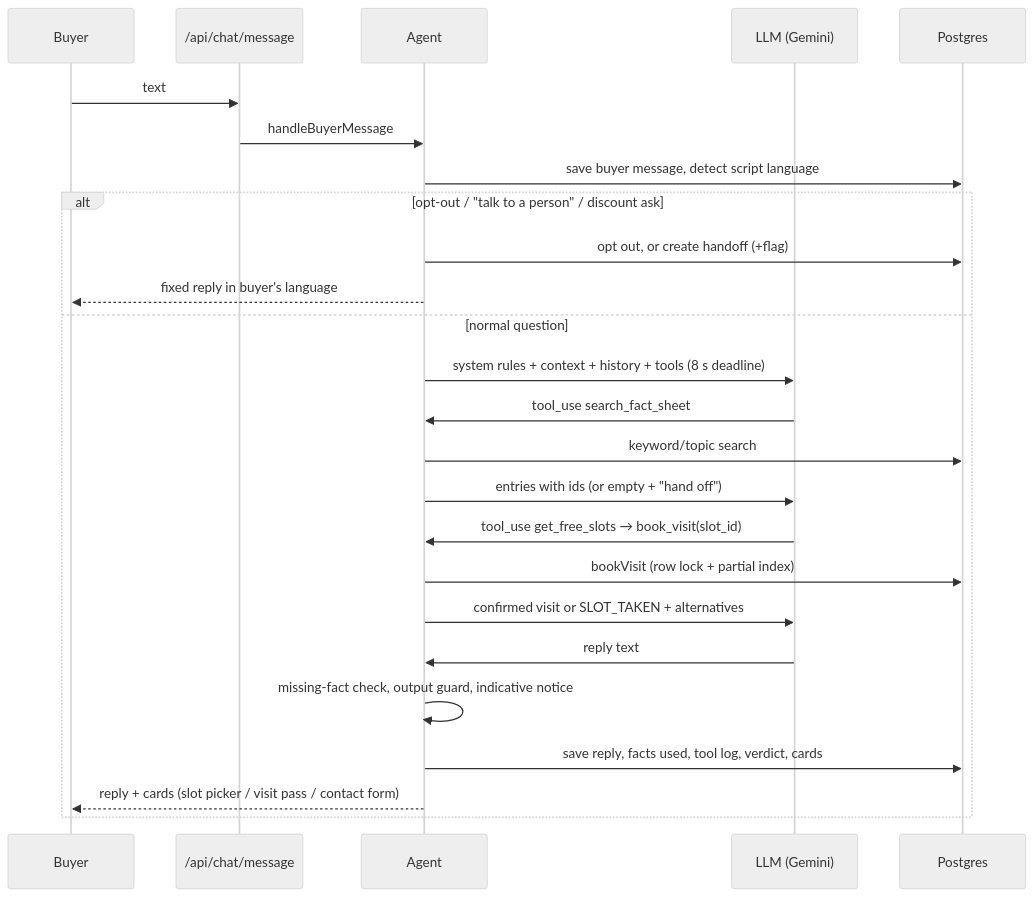
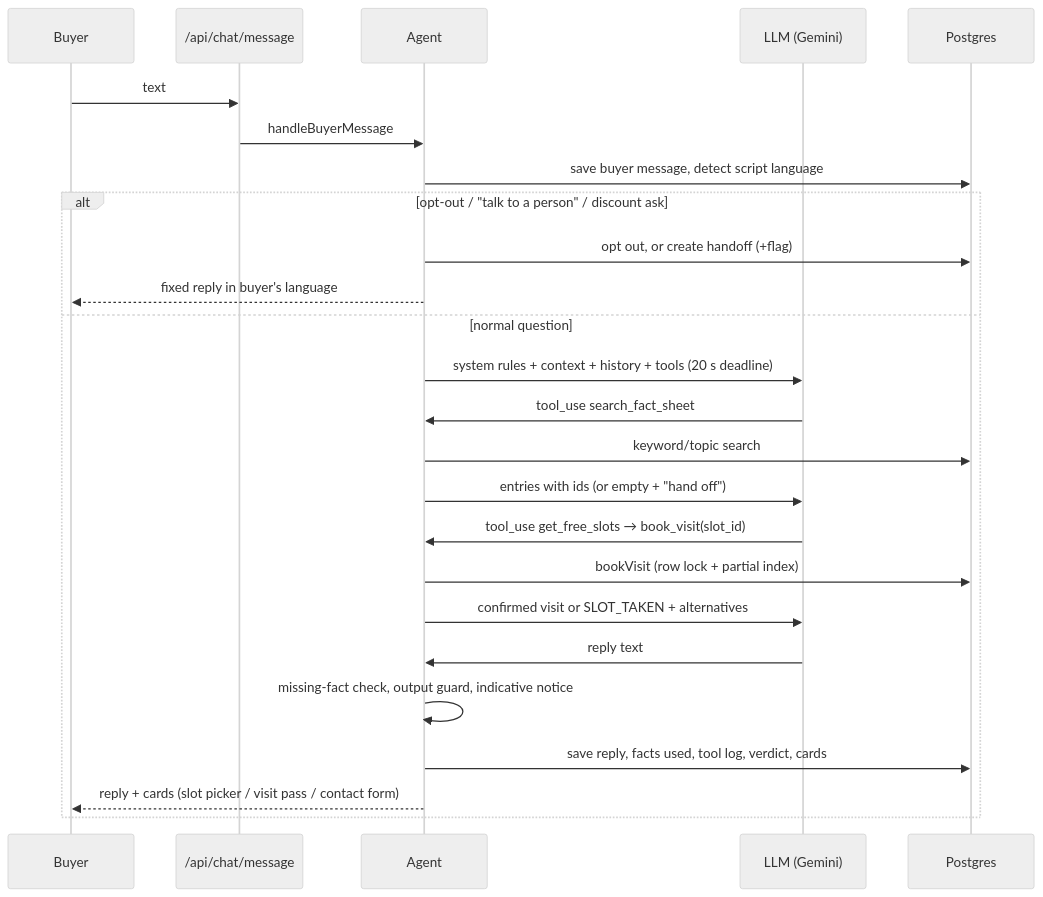
Before and after one commit to Arpan7125/site-visit-assistant: the third of 4 diagrams in docs/TDD.md, drawn with Mermaid (neutral theme). The commit also changed other lines of this file and 18 other files, not shown here.

````diff
--- a/docs/TDD.md
+++ b/docs/TDD.md
@@ -119,27 +119,27 @@
 ```mermaid
 sequenceDiagram
   participant B as Buyer
   participant API as /api/chat/message
   participant AG as Agent
   participant M as LLM (Gemini)
   participant DB as Postgres
   B->>API: text
   API->>AG: handleBuyerMessage
   AG->>DB: save buyer message, detect script language
   alt opt-out / "talk to a person" / discount ask
     AG->>DB: opt out, or create handoff (+flag)
     AG-->>B: fixed reply in buyer's language
   else normal question
-    AG->>M: system rules + context + history + tools (8 s deadline)
+    AG->>M: system rules + context + history + tools (20 s deadline)
     M->>AG: tool_use search_fact_sheet
     AG->>DB: keyword/topic search
     AG->>M: entries with ids (or empty + "hand off")
     M->>AG: tool_use get_free_slots → book_visit(slot_id)
     AG->>DB: bookVisit (row lock + partial index)
     AG->>M: confirmed visit or SLOT_TAKEN + alternatives
     M->>AG: reply text
     AG->>AG: missing-fact check, output guard, indicative notice
     AG->>DB: save reply, facts used, tool log, verdict, cards
     AG-->>B: reply + cards (slot picker / visit pass / contact form)
   end
 ```
````
